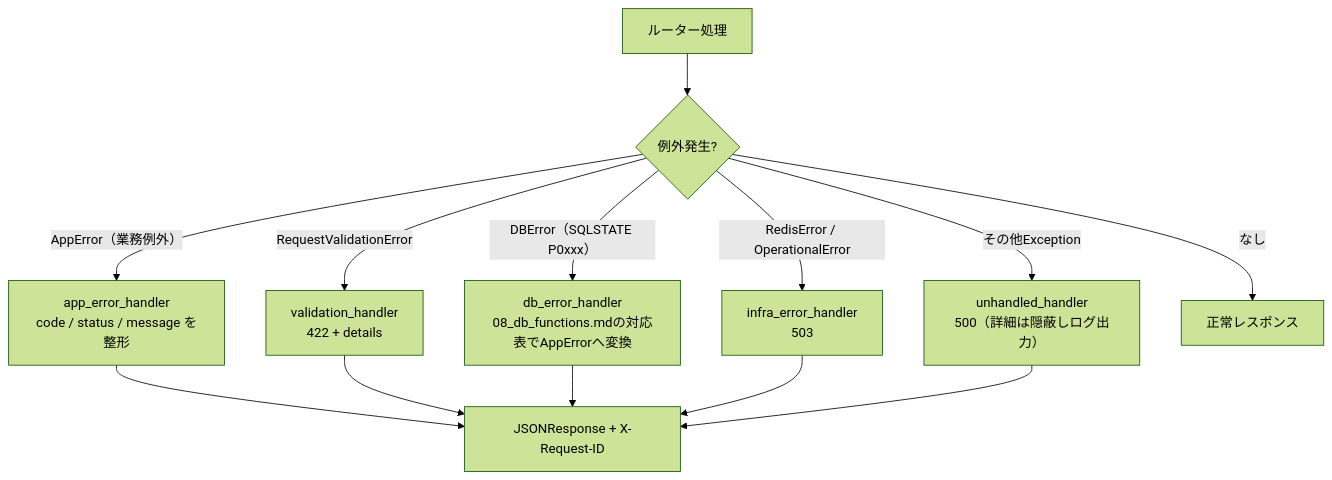
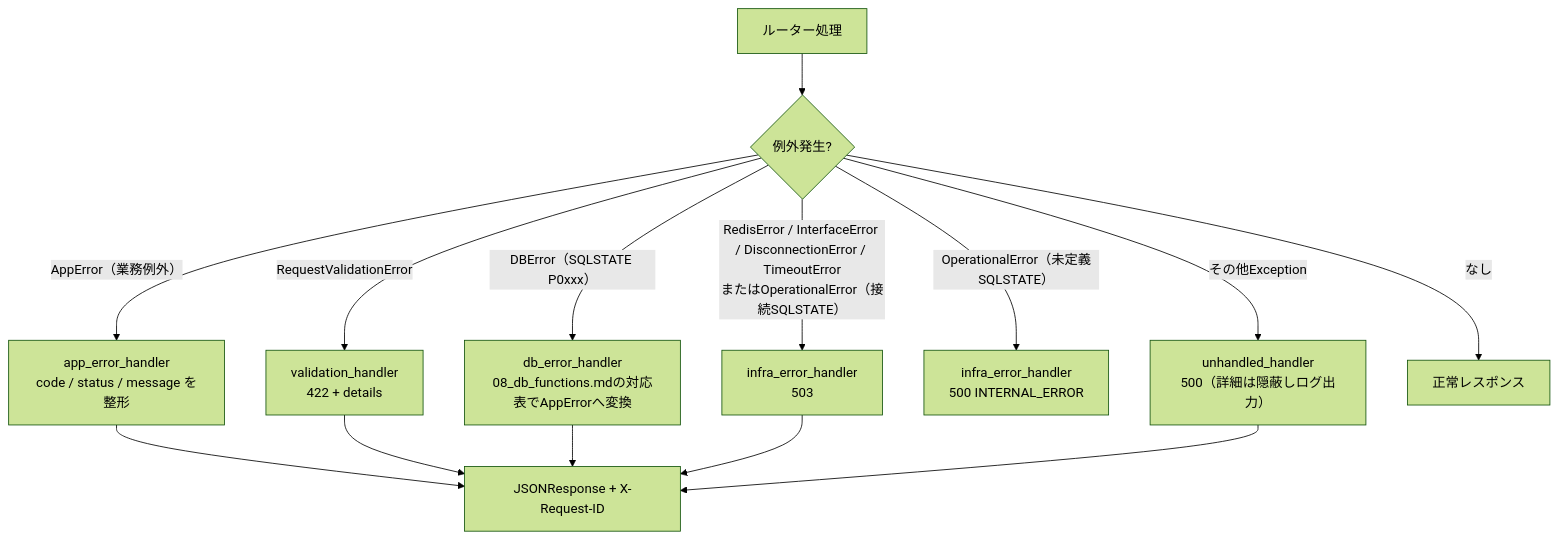
The first of 4 diagrams in docs/basic_design/04_api.md (oikawa-d/task_management), drawn with Mermaid (forest theme) before and after one commit. The commit also changed 4 other files, not shown here.

````diff
--- a/docs/basic_design/04_api.md
+++ b/docs/basic_design/04_api.md
@@ -464,15 +464,16 @@
 ```mermaid
 flowchart TB
     A["ルーター処理"] --> B{"例外発生?"}
     B -->|"AppError（業務例外）"| C["app_error_handler<br/>code / status / message を整形"]
     B -->|"RequestValidationError"| D["validation_handler<br/>422 + details"]
     B -->|"DBError（SQLSTATE P0xxx）"| E["db_error_handler<br/>08_db_functions.mdの対応表でAppErrorへ変換"]
-    B -->|"RedisError / OperationalError"| F["infra_error_handler<br/>503"]
+    B -->|"RedisError / InterfaceError / DisconnectionError / TimeoutError<br/>またはOperationalError（接続SQLSTATE）"| F["infra_error_handler<br/>503"]
+    B -->|"OperationalError（未定義SQLSTATE）"| G2["infra_error_handler<br/>500 INTERNAL_ERROR"]
     B -->|"その他Exception"| G["unhandled_handler<br/>500（詳細は隠蔽しログ出力）"]
     B -->|なし| H["正常レスポンス"]
     C --> I["JSONResponse + X-Request-ID"]
     D --> I
     E --> I
     F --> I
     G --> I
 ```
````
